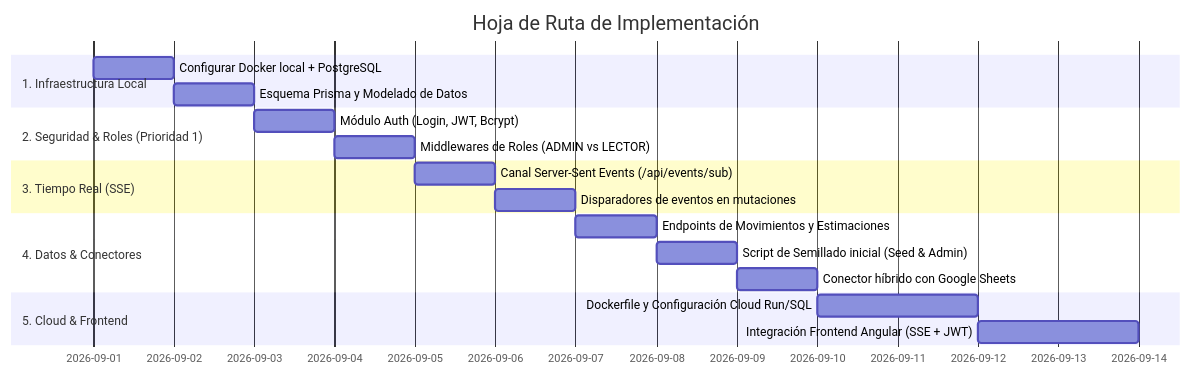
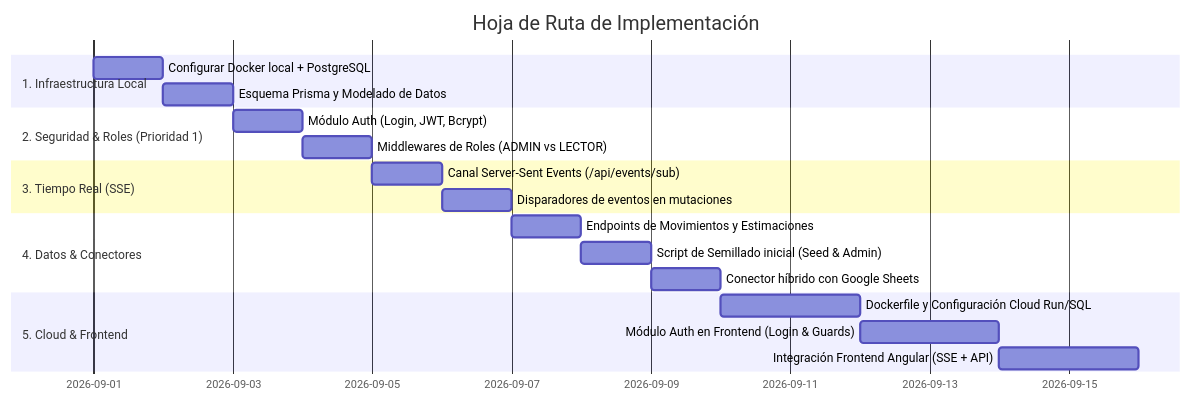
One commit to davidlescano1991/control-de-gastos-front changed the fourth of 4 diagrams in PLAN_MIGRACION_CLOUD_API.md. Above: the diagram before and after it, drawn with Mermaid. The commit also changed other lines of this file and 4 other files, not shown here.

````diff
--- a/PLAN_MIGRACION_CLOUD_API.md
+++ b/PLAN_MIGRACION_CLOUD_API.md
@@ -232,21 +232,22 @@
 ```mermaid
 gantt
     title Hoja de Ruta de Implementación
     dateFormat  YYYY-MM-DD
     section 1. Infraestructura Local
     Configurar Docker local + PostgreSQL       :a1, 2026-09-01, 1d
     Esquema Prisma y Modelado de Datos         :a2, after a1, 1d
     section 2. Seguridad & Roles (Prioridad 1)
     Módulo Auth (Login, JWT, Bcrypt)           :b1, after a2, 1d
     Middlewares de Roles (ADMIN vs LECTOR)     :b2, after b1, 1d
     section 3. Tiempo Real (SSE)
     Canal Server-Sent Events (/api/events/sub) :c1, after b2, 1d
     Disparadores de eventos en mutaciones      :c2, after c1, 1d
     section 4. Datos & Conectores
     Endpoints de Movimientos y Estimaciones    :d1, after c2, 1d
     Script de Semillado inicial (Seed & Admin) :d2, after d1, 1d
     Conector híbrido con Google Sheets         :d3, after d2, 1d
     section 5. Cloud & Frontend
     Dockerfile y Configuración Cloud Run/SQL   :e1, after d3, 2d
-    Integración Frontend Angular (SSE + JWT)   :e2, after e1, 2d
+    Módulo Auth en Frontend (Login & Guards)   :e2, after e1, 2d
+    Integración Frontend Angular (SSE + API)   :e3, after e2, 2d
 ```
````
